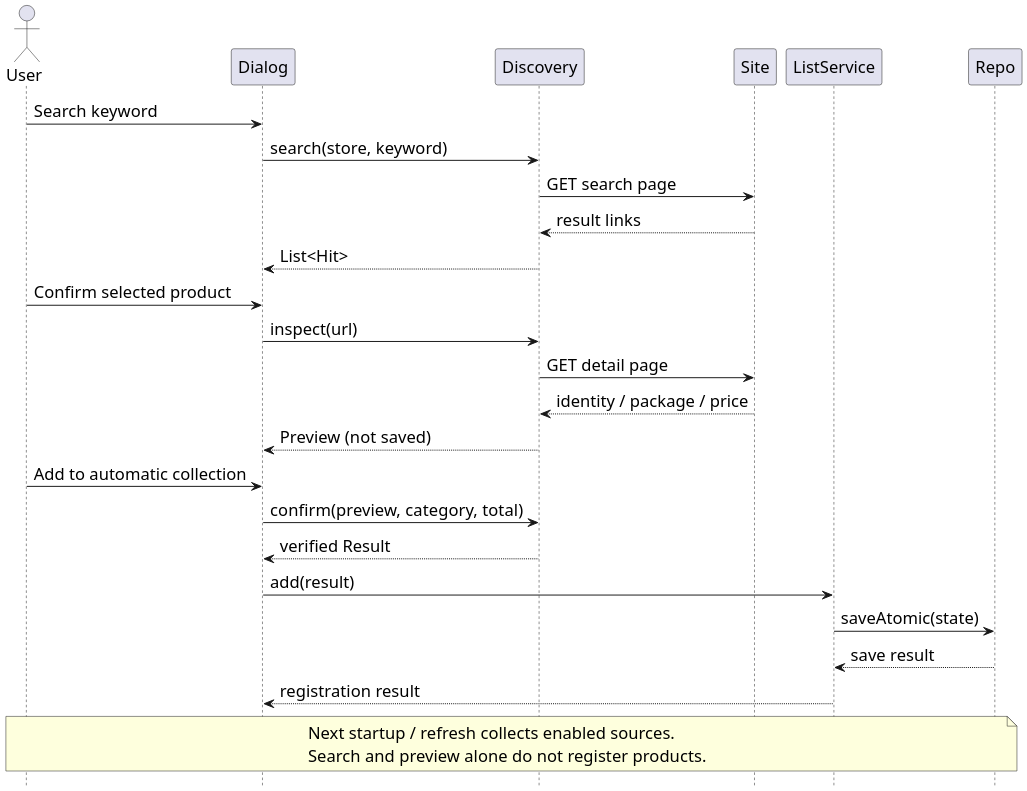
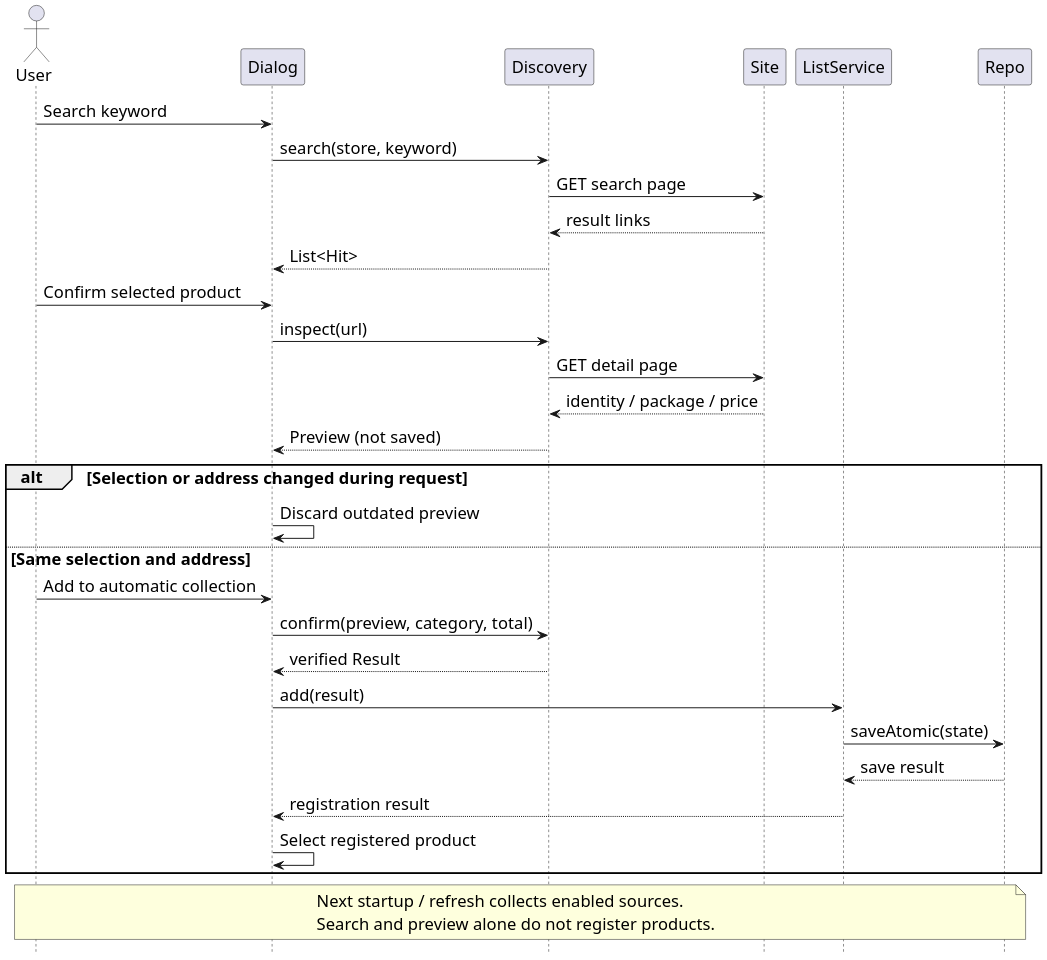
The diagram in doc/sequence-discovery.puml (hyeonsu-test/smart-grocery-ledger), drawn with PlantUML before and after one commit. The commit also changed 34 other files, not shown here.

Commit message:
Fix stale product previews and unsaved-goal alerts in first-use flow

```diff
--- a/doc/sequence-discovery.puml
+++ b/doc/sequence-discovery.puml
@@ -1,34 +1,39 @@
 @startuml
 skinparam dpi 180
 skinparam defaultFontName Arial
 skinparam defaultFontSize 17
 skinparam shadowing false
 hide footbox
 actor User
 participant Dialog
 participant Discovery
 participant Site
 participant ListService
 participant Repo
 User -> Dialog : Search keyword
 Dialog -> Discovery : search(store, keyword)
 Discovery -> Site : GET search page
 Site --> Discovery : result links
 Discovery --> Dialog : List<Hit>
 User -> Dialog : Confirm selected product
 Dialog -> Discovery : inspect(url)
 Discovery -> Site : GET detail page
 Site --> Discovery : identity / package / price
 Discovery --> Dialog : Preview (not saved)
+alt Selection or address changed during request
+Dialog -> Dialog : Discard outdated preview
+else Same selection and address
 User -> Dialog : Add to automatic collection
 Dialog -> Discovery : confirm(preview, category, total)
 Discovery --> Dialog : verified Result
 Dialog -> ListService : add(result)
 ListService -> Repo : saveAtomic(state)
 Repo --> ListService : save result
 ListService --> Dialog : registration result
+Dialog -> Dialog : Select registered product
+end
 note over User,Repo
 Next startup / refresh collects enabled sources.
 Search and preview alone do not register products.
 end note
 @enduml
```
